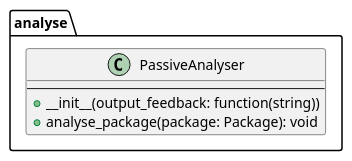
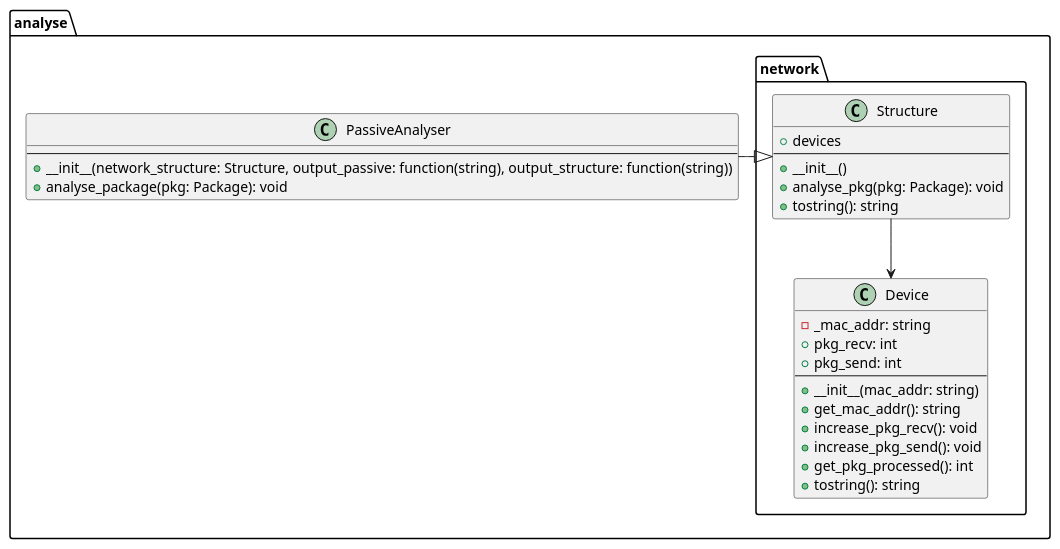
One commit to NSAandYou/Netzwerkscanner changed the diagram in analyse/Analyse.puml. Above: the diagram before and after it, drawn with PlantUML. The commit also changed 7 other files, not shown here.

Commit message:
1.2 Added Network Structure class Added Window for Network Structure

```diff
--- a/analyse/Analyse.puml
+++ b/analyse/Analyse.puml
@@ -1,9 +1,34 @@
 @startuml analyse
 package analyse {
     class PassiveAnalyser {
         --
-        + __init__(output_feedback: function(string))
-        + analyse_package(package: Package): void
+        + __init__(network_structure: Structure, output_passive: function(string), output_structure: function(string))
+        + analyse_package(pkg: Package): void
     }
+
+    package network {
+        class Device {
+            - _mac_addr: string
+            + pkg_recv: int
+            + pkg_send: int
+            --
+            + __init__(mac_addr: string)
+            + get_mac_addr(): string
+            + increase_pkg_recv(): void
+            + increase_pkg_send(): void
+            + get_pkg_processed(): int
+            + tostring(): string
+        }
+        class Structure {
+            + devices
+            --
+            + __init__()
+            + analyse_pkg(pkg: Package): void
+            + tostring(): string
+        }
+    }
+
+    Structure --> Device
+    PassiveAnalyser -|> Structure
 }
 @enduml
```
